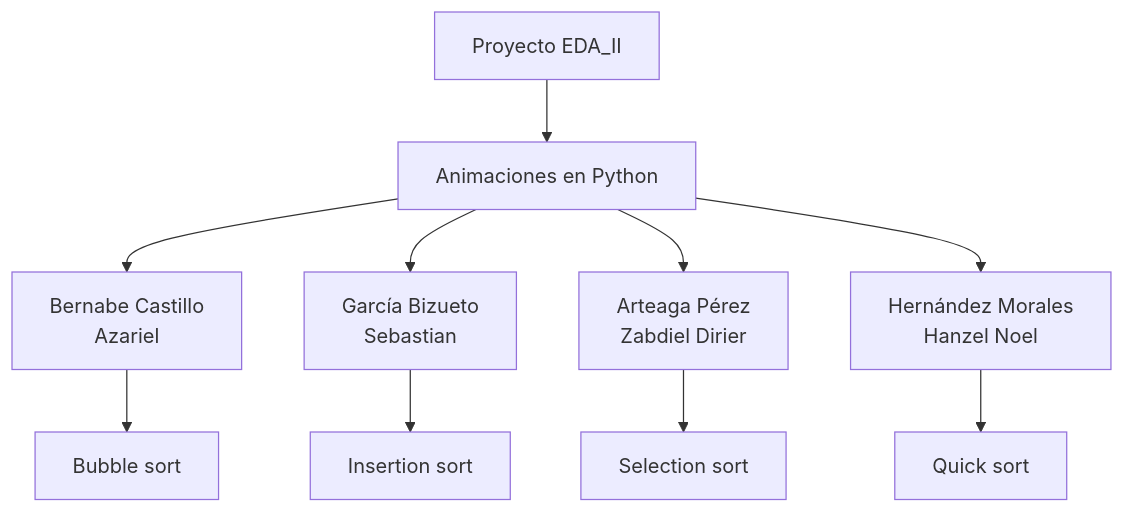
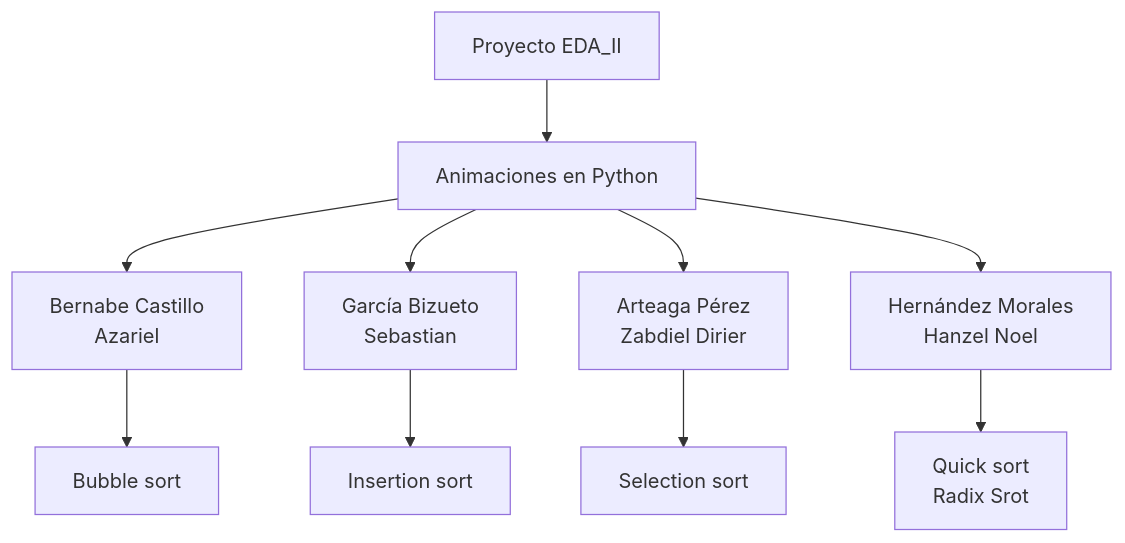
The diagram in README.md (garciabizuetosebastian/Proyecto-EDA-ll), drawn with Mermaid before and after one commit. The commit also changed other lines of this file, not shown here.

````diff
--- a/README.md
+++ b/README.md
@@ -23,13 +23,13 @@
 ```mermaid
 flowchart TD
 	A[Proyecto EDA_II]
 	B[Animaciones en Python]
 	A --> B -->C
 	C[Bernabe Castillo \nAzariel] --> CC[Bubble sort]
 	B --> D 
 	D[García Bizueto \nSebastian]--> DD[Insertion sort]
 	B --> E
 	B--> F
 	E[Arteaga Pérez \nZabdiel Dirier] --> EE[Selection sort]
-	F[Hernández Morales \nHanzel Noel] --> FF[Quick sort]
+	F[Hernández Morales \nHanzel Noel] --> FF[Quick sort \n Radix Srot]
 ```
````
